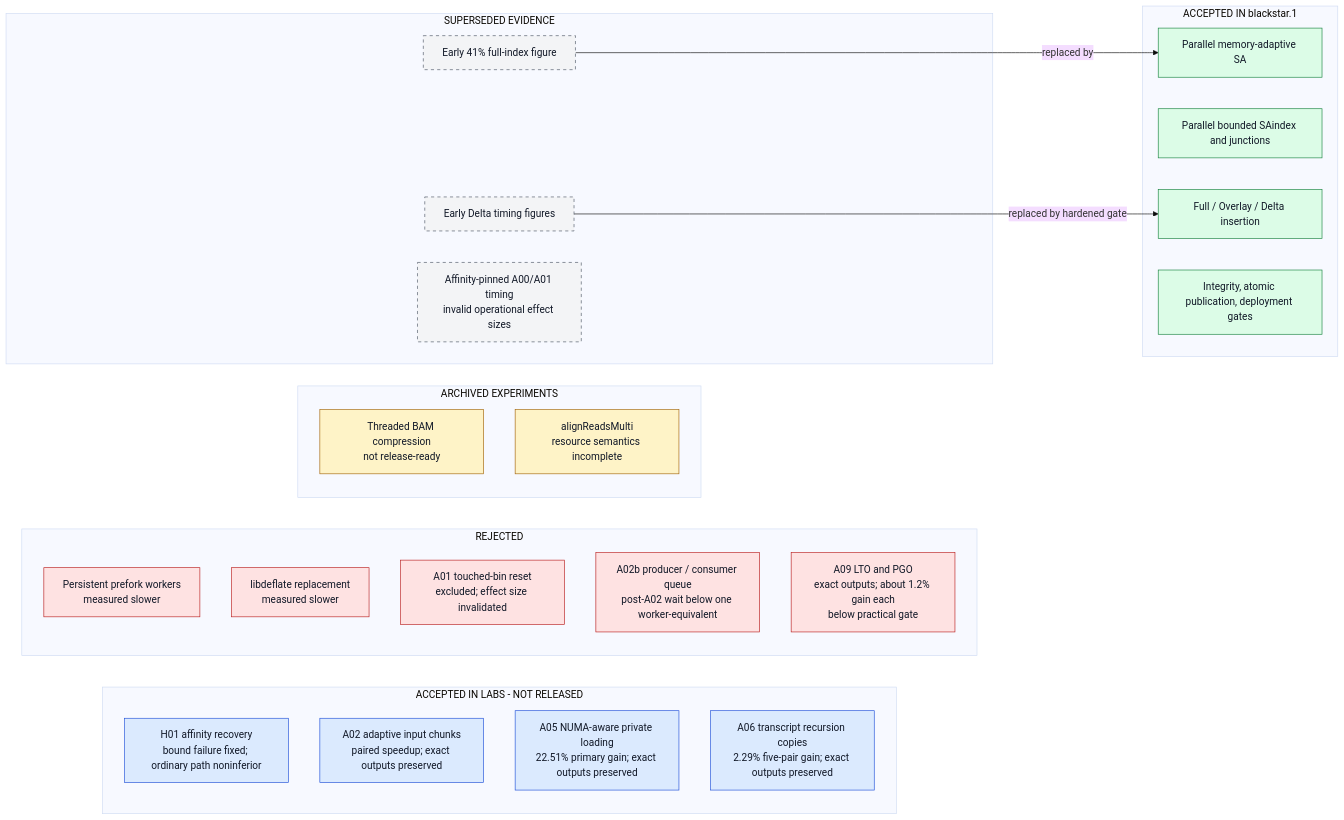
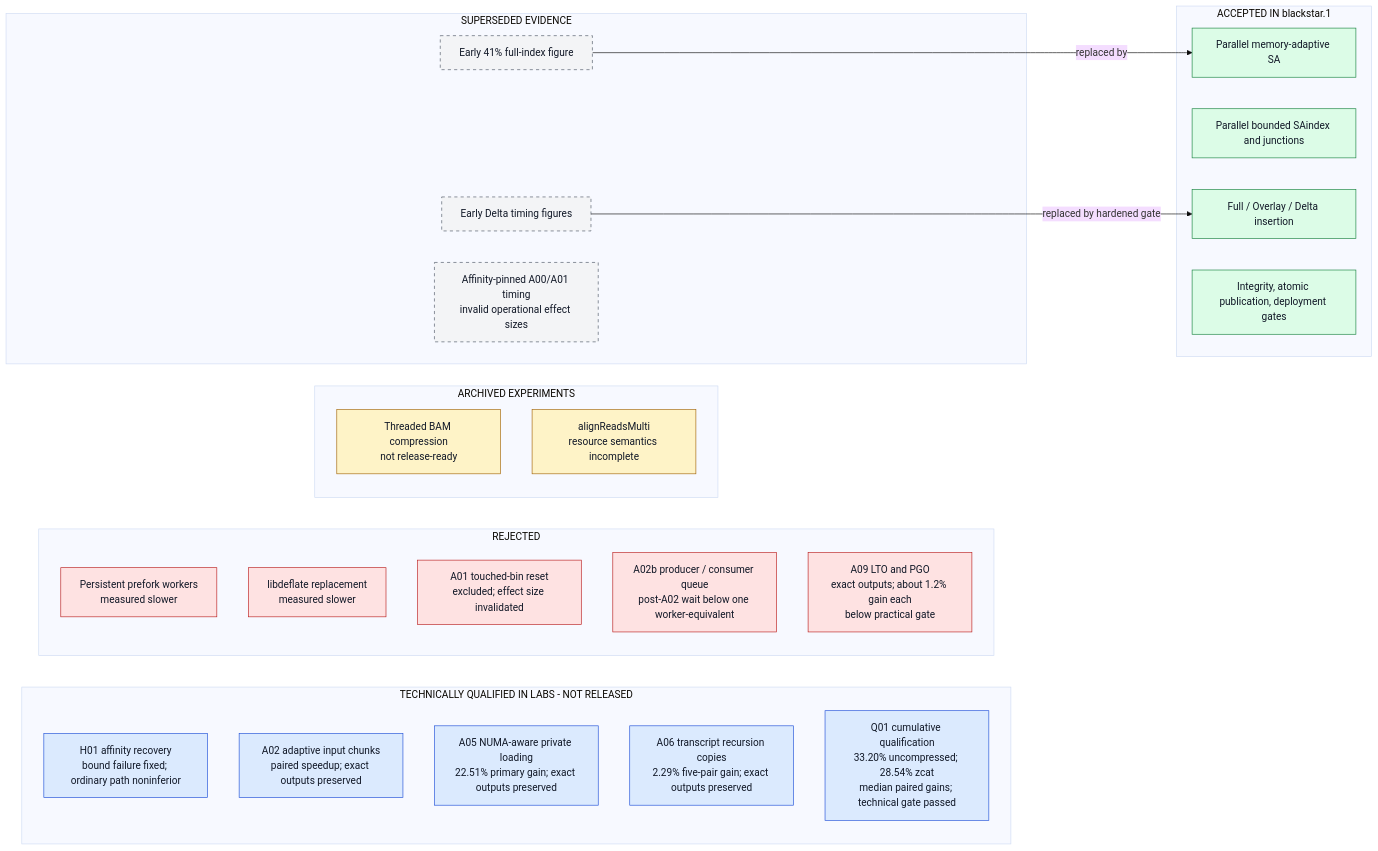
The diagram in docs/architecture/diagrams/src/F13-history.mmd (justinblethrow-cloud/STAR), drawn with Mermaid (base theme) before and after one commit. The commit also changed 21 other files, not shown here.

```diff
--- a/docs/architecture/diagrams/src/F13-history.mmd
+++ b/docs/architecture/diagrams/src/F13-history.mmd
@@ -1,47 +1,48 @@
 flowchart LR
     subgraph ACCEPTED["ACCEPTED IN blackstar.1"]
         A1["Parallel memory-adaptive SA"]
         A2["Parallel bounded SAindex and junctions"]
         A3["Full / Overlay / Delta insertion"]
         A4["Integrity, atomic publication, deployment gates"]
     end
 
-    subgraph LABS["ACCEPTED IN LABS - NOT RELEASED"]
+    subgraph LABS["TECHNICALLY QUALIFIED IN LABS - NOT RELEASED"]
         L1["H01 affinity recovery<br/>bound failure fixed; ordinary path noninferior"]
         L2["A02 adaptive input chunks<br/>paired speedup; exact outputs preserved"]
         L3["A05 NUMA-aware private loading<br/>22.51% primary gain; exact outputs preserved"]
         L4["A06 transcript recursion copies<br/>2.29% five-pair gain; exact outputs preserved"]
+        L5["Q01 cumulative qualification<br/>33.20% uncompressed; 28.54% zcat<br/>median paired gains; technical gate passed"]
     end
 
     subgraph REJECTED["REJECTED"]
         R1["Persistent prefork workers<br/>measured slower"]
         R2["libdeflate replacement<br/>measured slower"]
         R3["A01 touched-bin reset<br/>excluded; effect size invalidated"]
         R4["A02b producer / consumer queue<br/>post-A02 wait below one worker-equivalent"]
         R5["A09 LTO and PGO<br/>exact outputs; about 1.2% gain each<br/>below practical gate"]
     end
 
     subgraph ARCHIVED["ARCHIVED EXPERIMENTS"]
         X1["Threaded BAM compression<br/>not release-ready"]
         X2["alignReadsMulti<br/>resource semantics incomplete"]
     end
 
     subgraph SUPERSEDED["SUPERSEDED EVIDENCE"]
         S1["Early 41% full-index figure"]
         S2["Early Delta timing figures"]
         S3["Affinity-pinned A00/A01 timing<br/>invalid operational effect sizes"]
     end
 
     S1 -->|replaced by| A1
     S2 -->|replaced by hardened gate| A3
 
     classDef accepted fill:#dcfce7,stroke:#15803d,color:#111827;
     classDef labs fill:#dbeafe,stroke:#1d4ed8,color:#111827;
     classDef rejected fill:#fee2e2,stroke:#b91c1c,color:#111827;
     classDef archived fill:#fef3c7,stroke:#a16207,color:#111827;
     classDef superseded fill:#f3f4f6,stroke:#4b5563,color:#111827,stroke-dasharray: 5 5;
     class A1,A2,A3,A4 accepted;
-    class L1,L2,L3,L4 labs;
+    class L1,L2,L3,L4,L5 labs;
     class R1,R2,R3,R4,R5 rejected;
     class X1,X2 archived;
     class S1,S2,S3 superseded;
```
